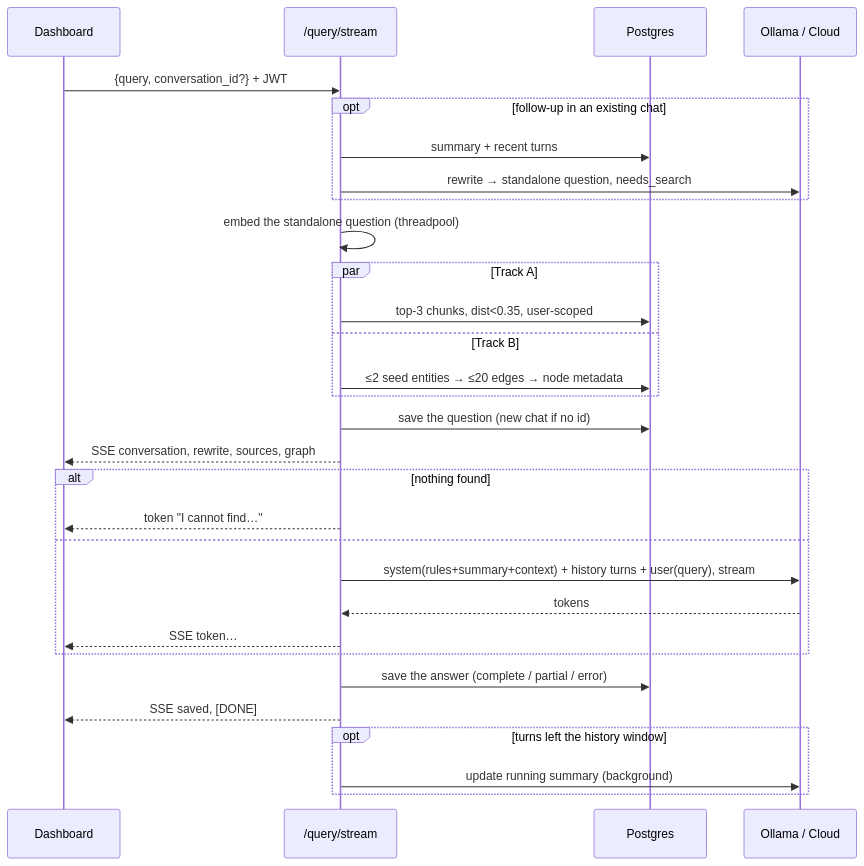
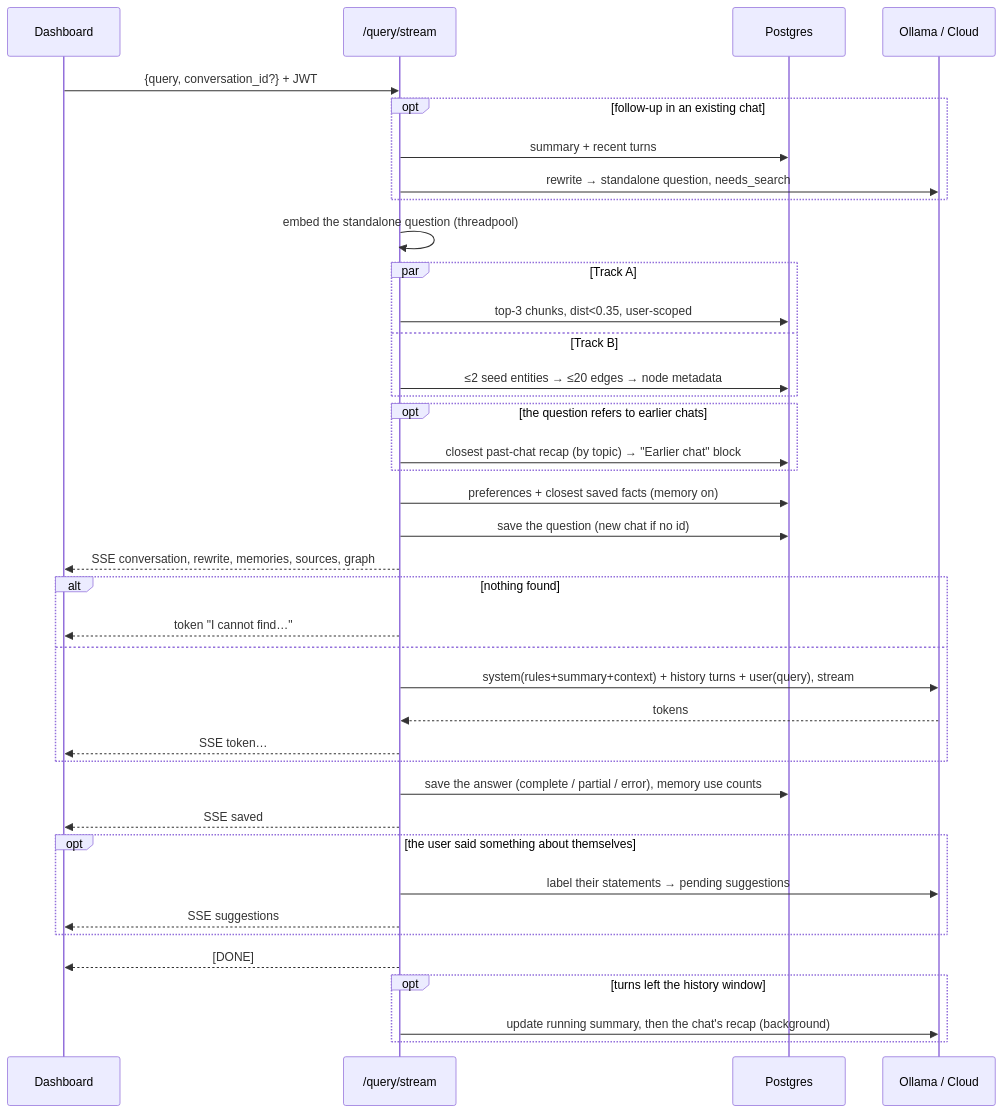
Before and after one commit to Vasu-Rocks/Personal-Knowledge-Operating-System-PKOS-: the third of 3 diagrams in docs/03_ARCHITECTURE.md, drawn with Mermaid. The commit also changed other lines of this file and 7 other files, not shown here.

First line of the commit message:
feat(memory): step B6 - import, docs and 0.6.0: long-term memory complete

````diff
--- a/docs/03_ARCHITECTURE.md
+++ b/docs/03_ARCHITECTURE.md
@@ -234,32 +254,41 @@
 ```mermaid
 sequenceDiagram
   participant UI as Dashboard
   participant API as /query/stream
   participant DB as Postgres
   participant LLM as Ollama / Cloud
   UI->>API: {query, conversation_id?} + JWT
   opt follow-up in an existing chat
     API->>DB: summary + recent turns
     API->>LLM: rewrite → standalone question, needs_search
   end
   API->>API: embed the standalone question (threadpool)
   par Track A
     API->>DB: top-3 chunks, dist<0.35, user-scoped
   and Track B
     API->>DB: ≤2 seed entities → ≤20 edges → node metadata
   end
+  opt the question refers to earlier chats
+    API->>DB: closest past-chat recap (by topic) → "Earlier chat" block
+  end
+  API->>DB: preferences + closest saved facts (memory on)
   API->>DB: save the question (new chat if no id)
-  API-->>UI: SSE conversation, rewrite, sources, graph
+  API-->>UI: SSE conversation, rewrite, memories, sources, graph
   alt nothing found
     API-->>UI: token "I cannot find…"
   else
     API->>LLM: system(rules+summary+context) + history turns + user(query), stream
     LLM-->>API: tokens
     API-->>UI: SSE token…
   end
-  API->>DB: save the answer (complete / partial / error)
-  API-->>UI: SSE saved, [DONE]
+  API->>DB: save the answer (complete / partial / error), memory use counts
+  API-->>UI: SSE saved
+  opt the user said something about themselves
+    API->>LLM: label their statements → pending suggestions
+    API-->>UI: SSE suggestions
+  end
+  API-->>UI: [DONE]
   opt turns left the history window
-    API->>LLM: update running summary (background)
+    API->>LLM: update running summary, then the chat's recap (background)
   end
 ```
````
